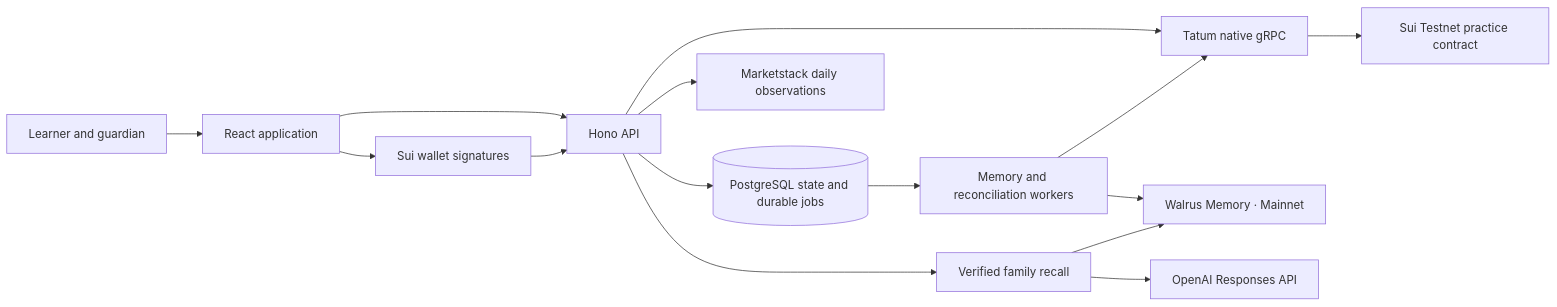
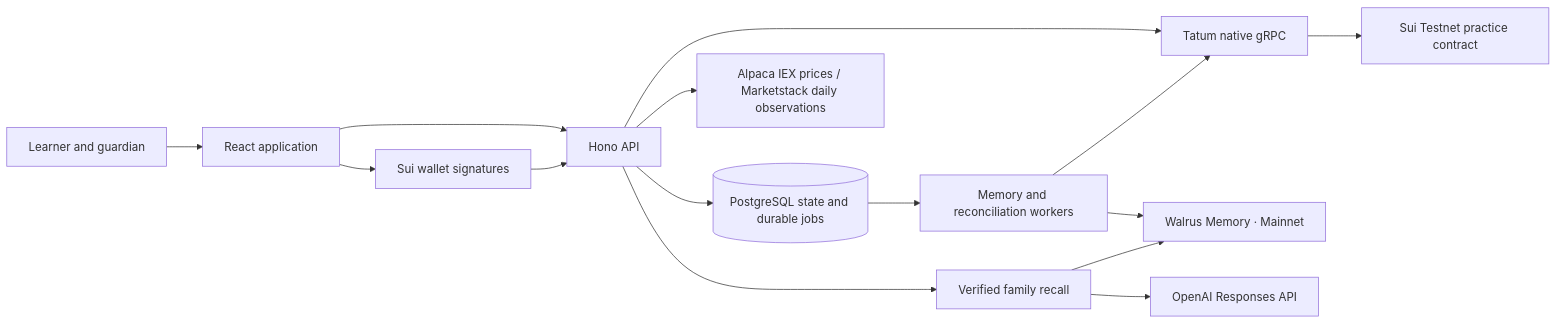
One commit to ELLA0VICTOR/trove changed the diagram in README.md. Above: the diagram before and after it, drawn with Mermaid. The commit also changed other lines of this file and 33 other files, not shown here.

````diff
--- a/README.md
+++ b/README.md
@@ -93,17 +93,17 @@
 ```mermaid
 flowchart LR
     Learner["Learner and guardian"] --> UI["React application"]
     UI --> API["Hono API"]
     UI --> Wallet["Sui wallet signatures"]
     Wallet --> API
     API --> Store[("PostgreSQL state and durable jobs")]
-    API --> Market["Marketstack daily observations"]
+    API --> Market["Alpaca IEX prices / Marketstack daily observations"]
     API --> Tatum["Tatum native gRPC"]
     Tatum --> Sui["Sui Testnet practice contract"]
     Store --> Worker["Memory and reconciliation workers"]
     Worker --> Walrus["Walrus Memory · Mainnet"]
     Worker --> Tatum
     API --> Recall["Verified family recall"]
     Recall --> Walrus
     Recall --> Coach["OpenAI Responses API"]
 ```
````
